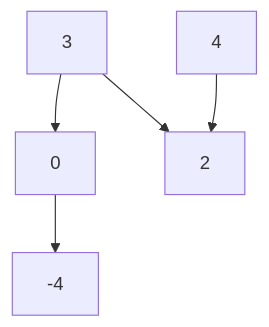
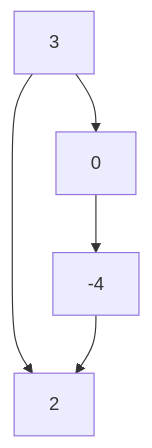
Before and after one commit to abdielreyes/algorithms_n_data_structures: the first of 3 diagrams in amazon_prep/easy/04_linked_list_cycle/problem.md, drawn with Mermaid.

Commit message:
feat: added problem linked list cycle

````diff
--- a/amazon_prep/easy/04_linked_list_cycle/problem.md
+++ b/amazon_prep/easy/04_linked_list_cycle/problem.md
@@ -10,7 +10,7 @@
 ```mermaid
 graph TD;
     3-->2
     3-->0
     0-->-4
-    4-->2
+    -4-->2
 ```
````
